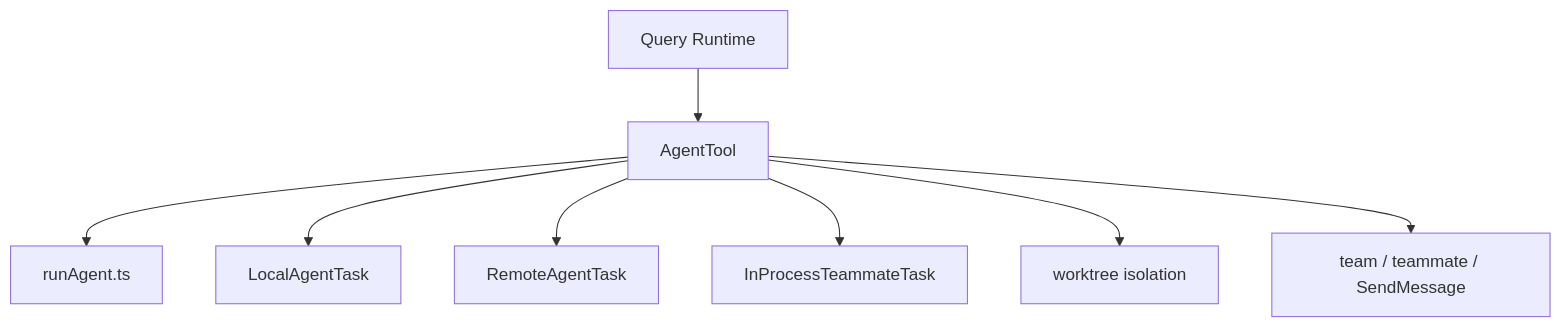
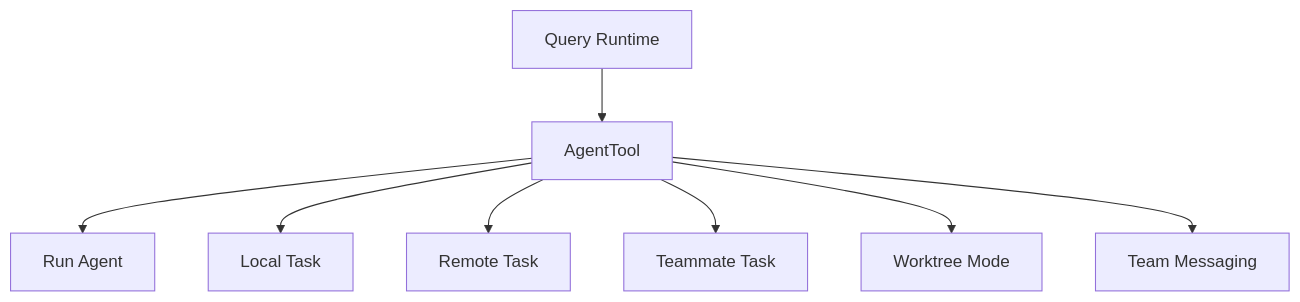
One commit to AICCer1/claude-code-build-architecture-deep-dive changed diagram 29 of 44 in docs/00-architecture-all-in-one.md. Above: the diagram before and after it, drawn with Mermaid. The commit also changed other lines of this file, not shown here.

Commit message:
Simplify section 10 Mermaid diagrams for compatibility

````diff
--- a/docs/00-architecture-all-in-one.md
+++ b/docs/00-architecture-all-in-one.md
@@ -724,10 +724,10 @@
 ```mermaid
 flowchart TD
-    Query[Query Runtime] --> AgentTool[AgentTool]
-    AgentTool --> RunAgent[runAgent.ts]
-    AgentTool --> LocalTask[LocalAgentTask]
-    AgentTool --> RemoteTask[RemoteAgentTask]
-    AgentTool --> Teammate[InProcessTeammateTask]
-    AgentTool --> Worktree[worktree isolation]
-    AgentTool --> Team[team / teammate / SendMessage]
+    Q[Query Runtime] --> A[AgentTool]
+    A --> R[Run Agent]
+    A --> L[Local Task]
+    A --> X[Remote Task]
+    A --> T[Teammate Task]
+    A --> W[Worktree Mode]
+    A --> M[Team Messaging]
 ```
````
